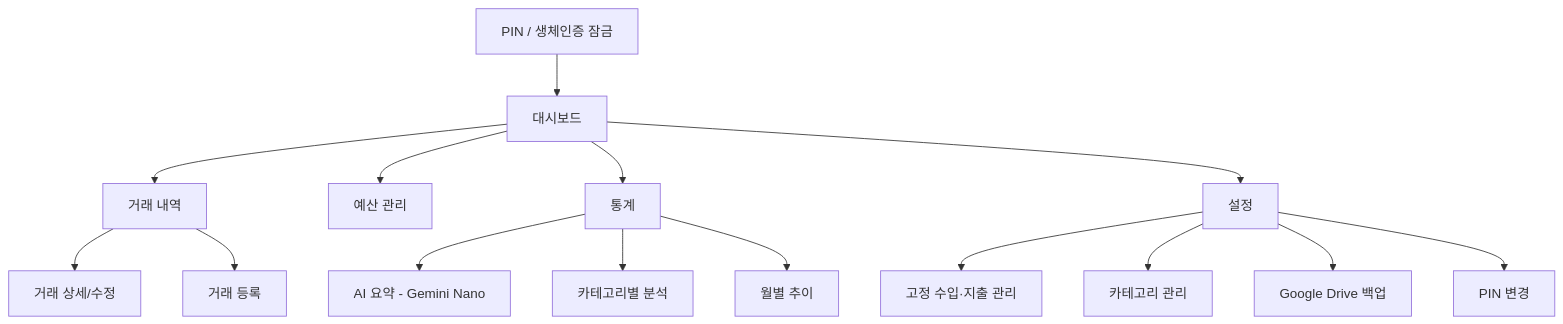
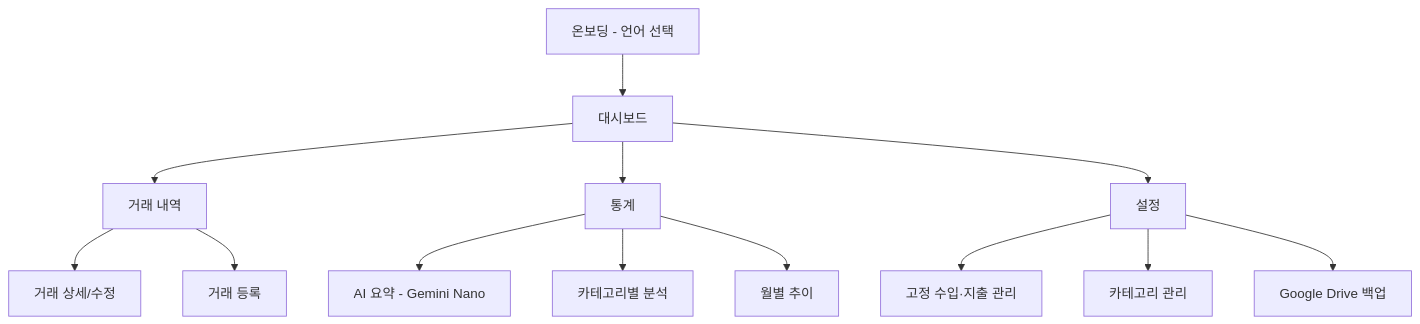
Before and after one commit to steveve14/MoneyLog: the diagram in docs/07_UI_화면_설계.md, drawn with Mermaid. The commit also changed other lines of this file and 38 other files, not shown here.

````diff
--- a/docs/07_UI_화면_설계.md
+++ b/docs/07_UI_화면_설계.md
@@ -19,21 +19,19 @@
 ```mermaid
 graph TD
-    PinLock[PIN / 생체인증 잠금] --> Dashboard[대시보드]
+    Onboarding[온보딩 - 언어 선택] --> Dashboard[대시보드]
 
     Dashboard --> Transactions[거래 내역]
-    Dashboard --> Budget[예산 관리]
     Dashboard --> Statistics[통계]
     Dashboard --> Settings[설정]
 
     Transactions --> TxDetail[거래 상세/수정]
     Transactions --> TxAdd[거래 등록]
     
     Statistics --> AiSummary[AI 요약 - Gemini Nano]
     Statistics --> StatCategory[카테고리별 분석]
     Statistics --> StatTrend[월별 추이]
     
     Settings --> Recurring[고정 수입·지출 관리]
     Settings --> CategoryMgmt[카테고리 관리]
     Settings --> Backup[Google Drive 백업]
-    Settings --> PinChange[PIN 변경]
 ```
````
